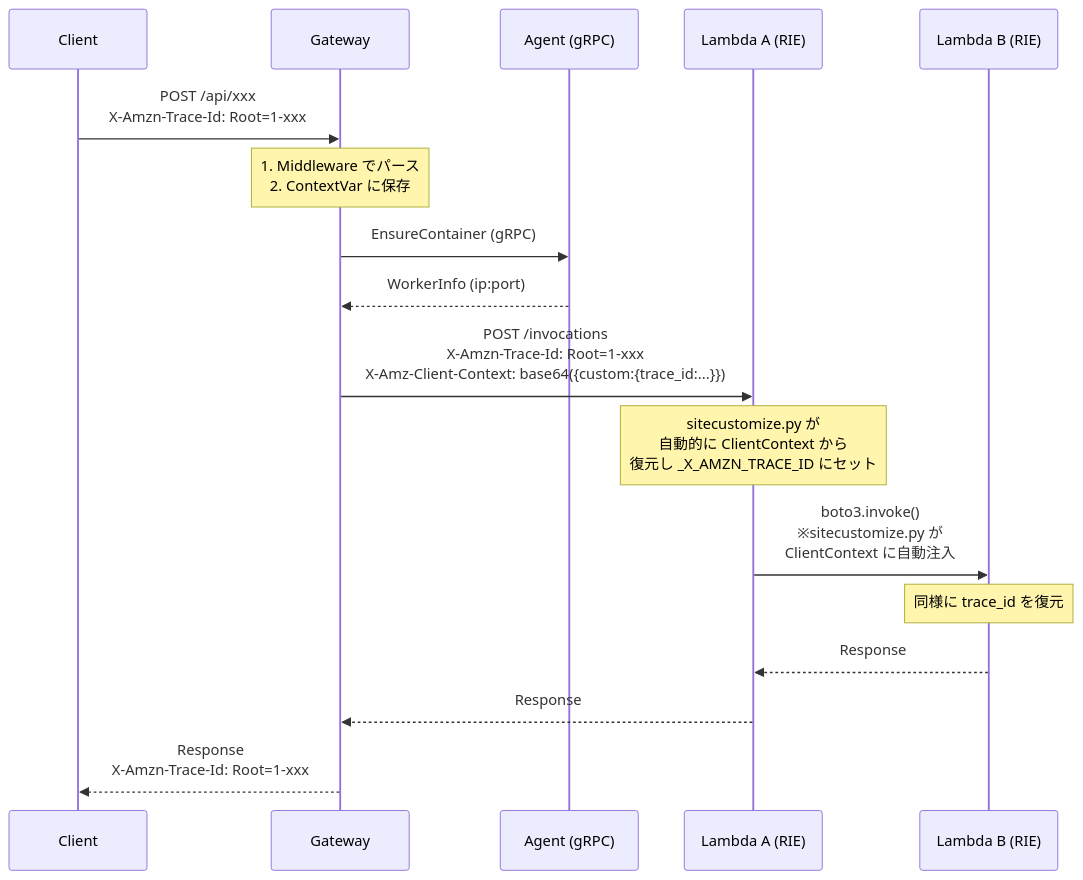
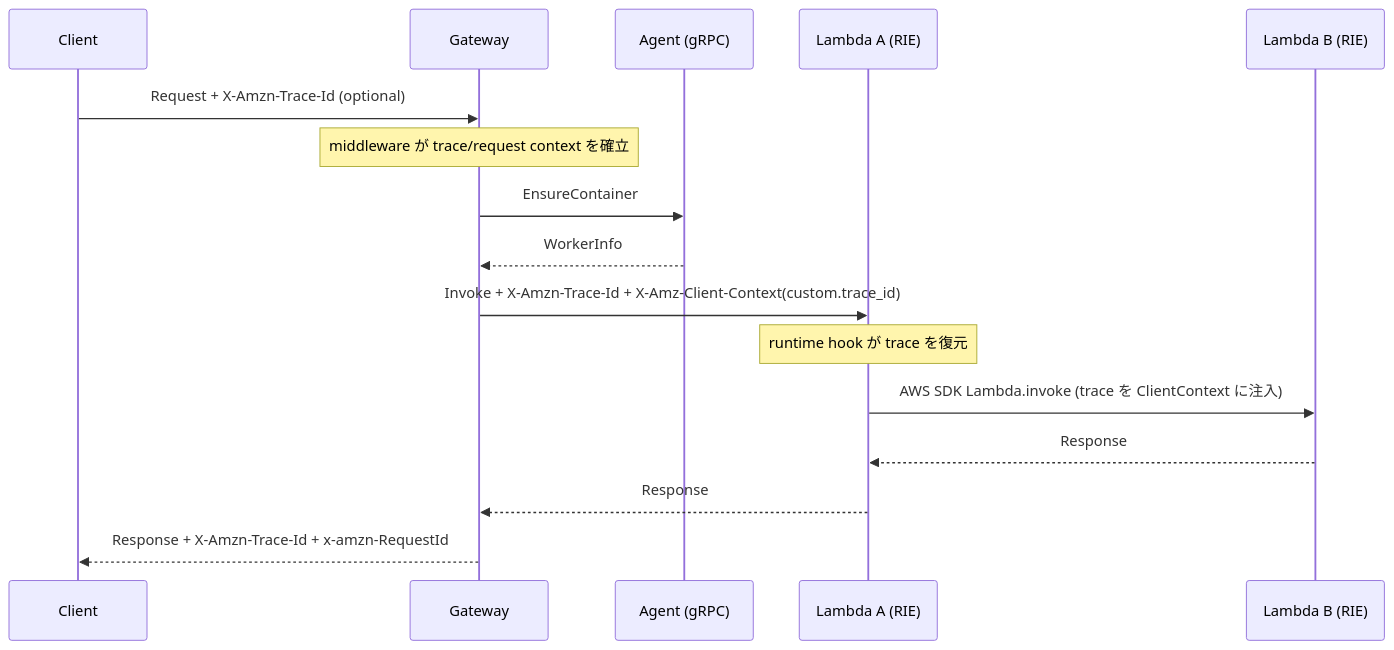
The diagram in docs/trace-propagation.md (poruru-code/esb), drawn with Mermaid before and after one commit. The commit also changed other lines of this file and 31 other files, not shown here.

````diff
--- a/docs/trace-propagation.md
+++ b/docs/trace-propagation.md
@@ -44,27 +41,19 @@
 ```mermaid
 sequenceDiagram
     participant Client
     participant Gateway
     participant Agent as Agent (gRPC)
     participant LambdaA as Lambda A (RIE)
     participant LambdaB as Lambda B (RIE)
 
-    Client->>Gateway: POST /api/xxx<br/>X-Amzn-Trace-Id: Root=1-xxx
-
-    Note over Gateway: 1. Middleware でパース<br/>2. ContextVar に保存
-
-    Gateway->>Agent: EnsureContainer (gRPC)
-    Agent-->>Gateway: WorkerInfo (ip:port)
-
-    Gateway->>LambdaA: POST /invocations<br/>X-Amzn-Trace-Id: Root=1-xxx<br/>X-Amz-Client-Context: base64({custom:{trace_id:...}})
-
-    Note over LambdaA: sitecustomize.py が<br/>自動的に ClientContext から<br/>復元し _X_AMZN_TRACE_ID にセット
-
-    LambdaA->>LambdaB: boto3.invoke()<br/>※sitecustomize.py が<br/>ClientContext に自動注入
-
-    Note over LambdaB: 同様に trace_id を復元
-
+    Client->>Gateway: Request + X-Amzn-Trace-Id (optional)
+    Note over Gateway: middleware が trace/request context を確立
+    Gateway->>Agent: EnsureContainer
+    Agent-->>Gateway: WorkerInfo
+    Gateway->>LambdaA: Invoke + X-Amzn-Trace-Id + X-Amz-Client-Context(custom.trace_id)
+    Note over LambdaA: runtime hook が trace を復元
+    LambdaA->>LambdaB: AWS SDK Lambda.invoke (trace を ClientContext に注入)
     LambdaB-->>LambdaA: Response
     LambdaA-->>Gateway: Response
-    Gateway-->>Client: Response<br/>X-Amzn-Trace-Id: Root=1-xxx
+    Gateway-->>Client: Response + X-Amzn-Trace-Id + x-amzn-RequestId
 ```
````
